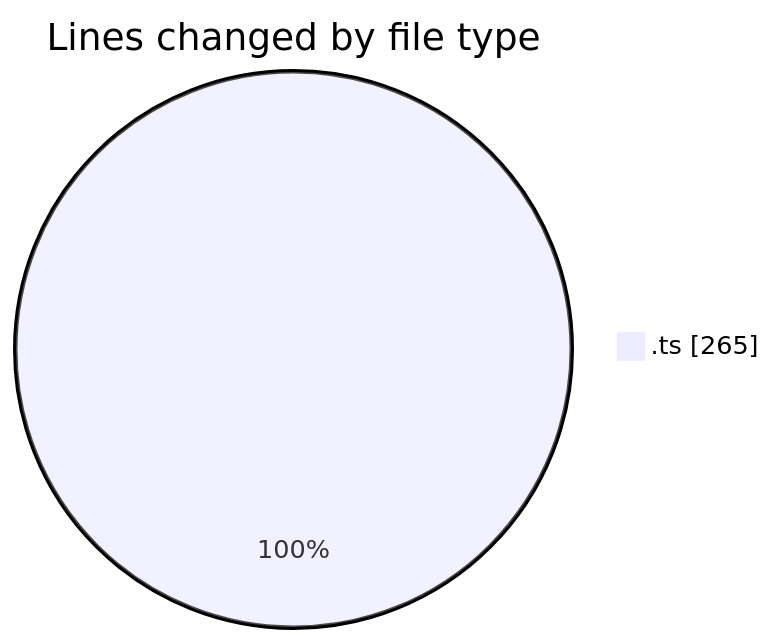
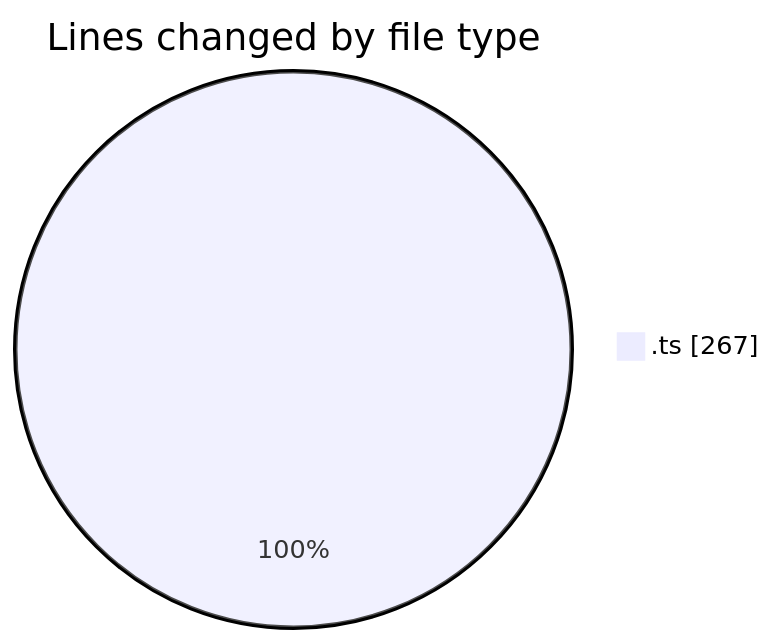
The first of 2 diagrams in 2026-08-03/broadcaster-playout-dashboard/README.md (momahboobian/code-tracking), drawn with Mermaid before and after one commit. The commit also changed other lines of this file and 1 other file, not shown here.

````diff
--- a/2026-08-03/broadcaster-playout-dashboard/README.md
+++ b/2026-08-03/broadcaster-playout-dashboard/README.md
@@ -22,5 +22,5 @@
 ```mermaid
 pie showData
 title Lines changed by file type
-".ts" : 265
+".ts" : 267
 ```
````
